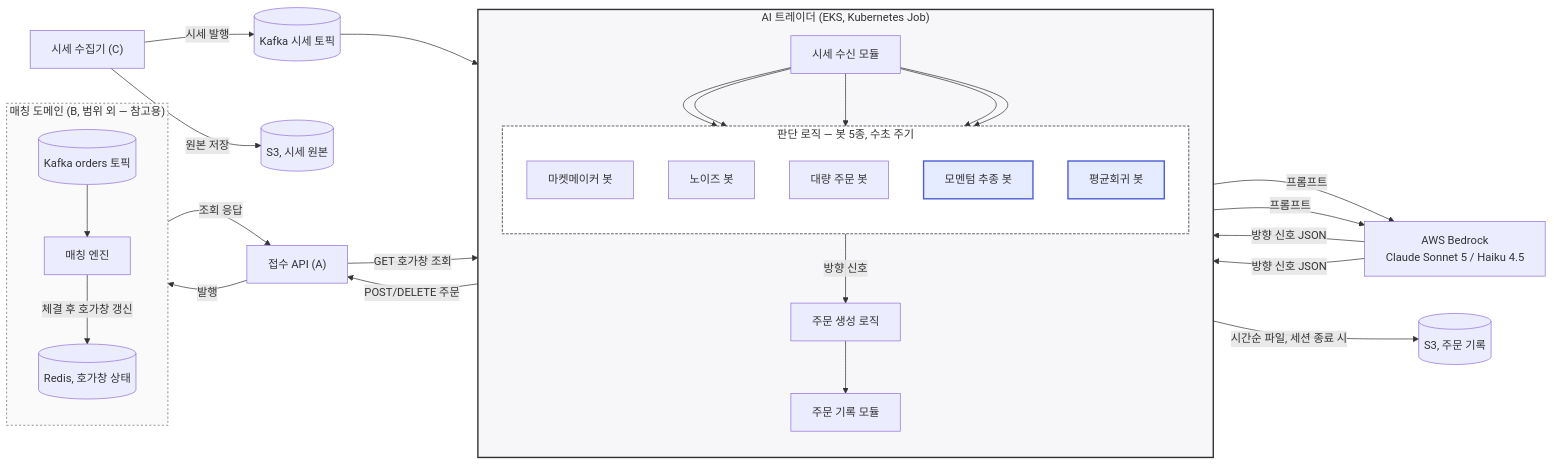
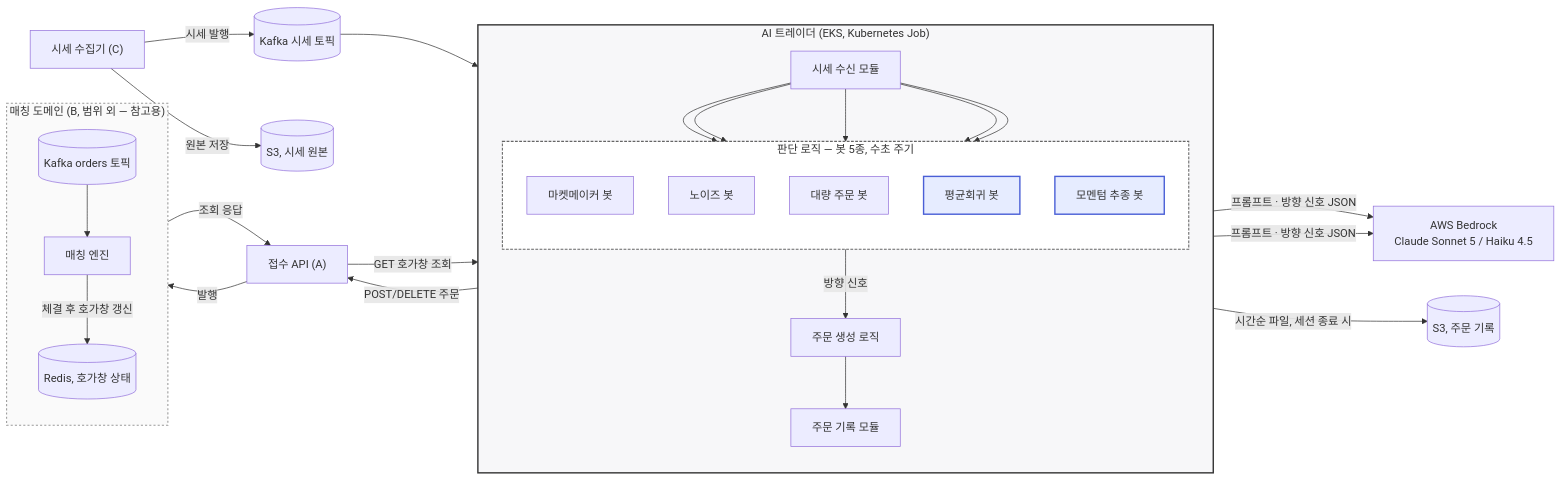
One commit to KimDJ7105/Project-final-1team changed the diagram in docs/ai-trader-design.md. Above: the diagram before and after it, drawn with Mermaid. The commit also changed other lines of this file, not shown here.

Commit message:
docs: AI 트레이더 다이어그램 레이아웃 개선
봇 순서 조정(평균회귀 봇을 모멘텀 추종 봇 위로), Bedrock 연결을
왕복 4개에서 봇별 단방향 2개로 정리해 렌더링 시 교차선을 줄임.

````diff
--- a/docs/ai-trader-design.md
+++ b/docs/ai-trader-design.md
@@ -36,62 +37,60 @@
 ```mermaid
 flowchart LR
     COLLECTOR["시세 수집기 (C)"] -->|시세 발행| KAFKA[(Kafka 시세 토픽)]
     COLLECTOR -->|원본 저장| S3RAW[(S3, 시세 원본)]
 
     subgraph K8S["AI 트레이더 (EKS, Kubernetes Job)"]
         direction TB
         FEED[시세 수신 모듈]
 
         subgraph DECIDE["판단 로직 — 봇 5종, 수초 주기"]
             direction TB
             B1[마켓메이커 봇]
             B4[노이즈 봇]
             B5[대량 주문 봇]
+            B3[평균회귀 봇]
             B2[모멘텀 추종 봇]
-            B3[평균회귀 봇]
         end
 
         ORDER[주문 생성 로직]
         RECORD[주문 기록 모듈]
 
         FEED --> B1
         FEED --> B4
         FEED --> B5
         FEED --> B2
         FEED --> B3
 
         DECIDE -->|방향 신호| ORDER
         ORDER --> RECORD
     end
 
     KAFKA --> FEED
 
-    B2 -->|프롬프트| BEDROCK["AWS Bedrock<br/>Claude Sonnet 5 / Haiku 4.5"]
-    B3 -->|프롬프트| BEDROCK
-    BEDROCK -->|방향 신호 JSON| B2
-    BEDROCK -->|방향 신호 JSON| B3
+    B2 -->|프롬프트 · 방향 신호 JSON| BEDROCK["AWS Bedrock<br/>Claude Sonnet 5 / Haiku 4.5"]
+    B3 -->|프롬프트 · 방향 신호 JSON| BEDROCK
 
     ORDER -->|POST/DELETE 주문| API["접수 API (A)"]
 
     subgraph MATCH_DOMAIN["매칭 도메인 (B, 범위 외 — 참고용)"]
         direction TB
         KAFKA_ORD[(Kafka orders 토픽)]
         MATCHING[매칭 엔진]
         REDIS[(Redis, 호가창 상태)]
         KAFKA_ORD --> MATCHING
         MATCHING -->|체결 후 호가창 갱신| REDIS
     end
 
     API -->|발행| KAFKA_ORD
     REDIS -->|조회 응답| API
     API -->|GET 호가창 조회| FEED
 
     RECORD -->|시간순 파일, 세션 종료 시| S3REC[(S3, 주문 기록)]
 
     classDef llmBot fill:#e6ecff,stroke:#4a5fd6,stroke-width:2px
     class B2,B3 llmBot
 
     style K8S fill:#f7f7f9,stroke:#333333,stroke-width:2px
     style DECIDE fill:#ffffff,stroke:#666666,stroke-width:1.5px,stroke-dasharray: 4 2
     style MATCH_DOMAIN fill:#fafafa,stroke:#999999,stroke-width:1.5px,stroke-dasharray: 3 3
 ```
````
